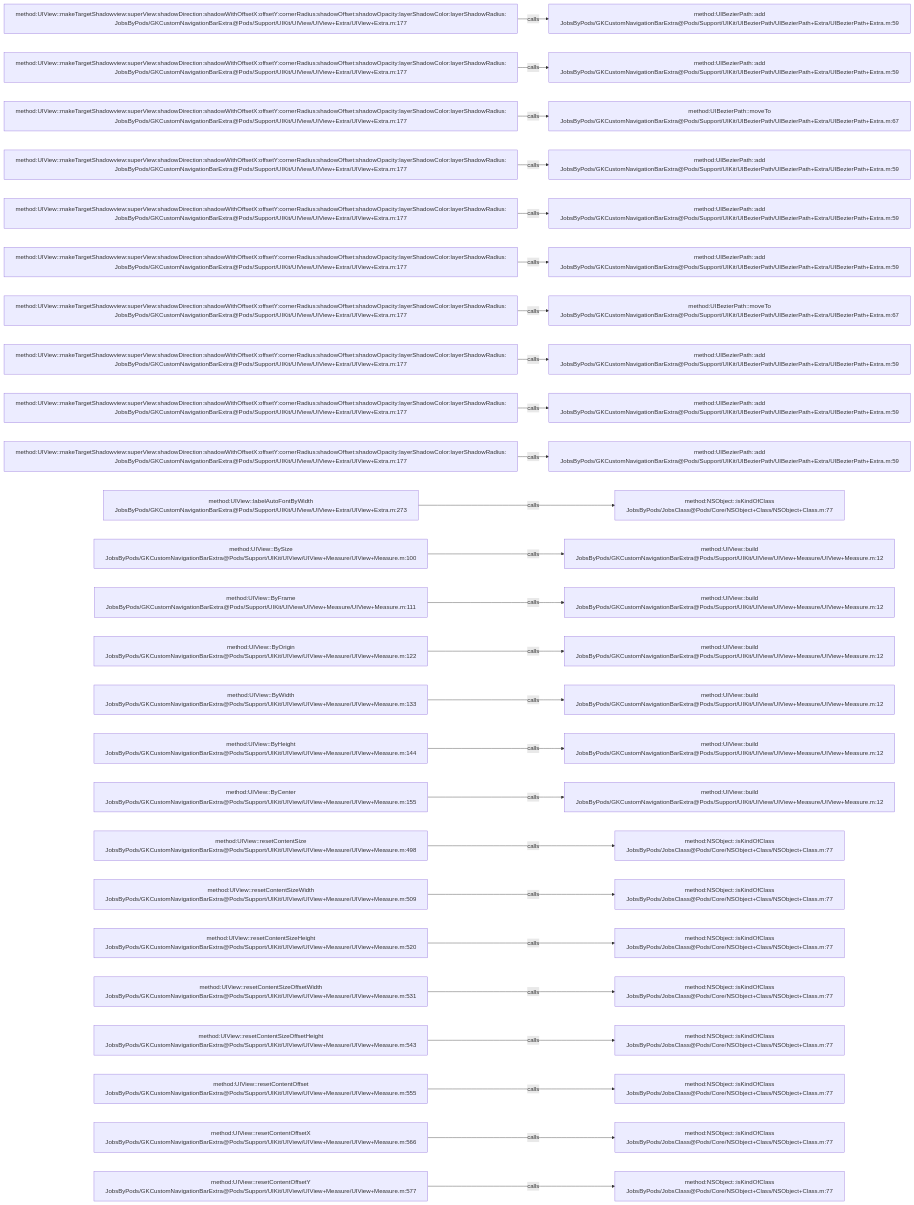
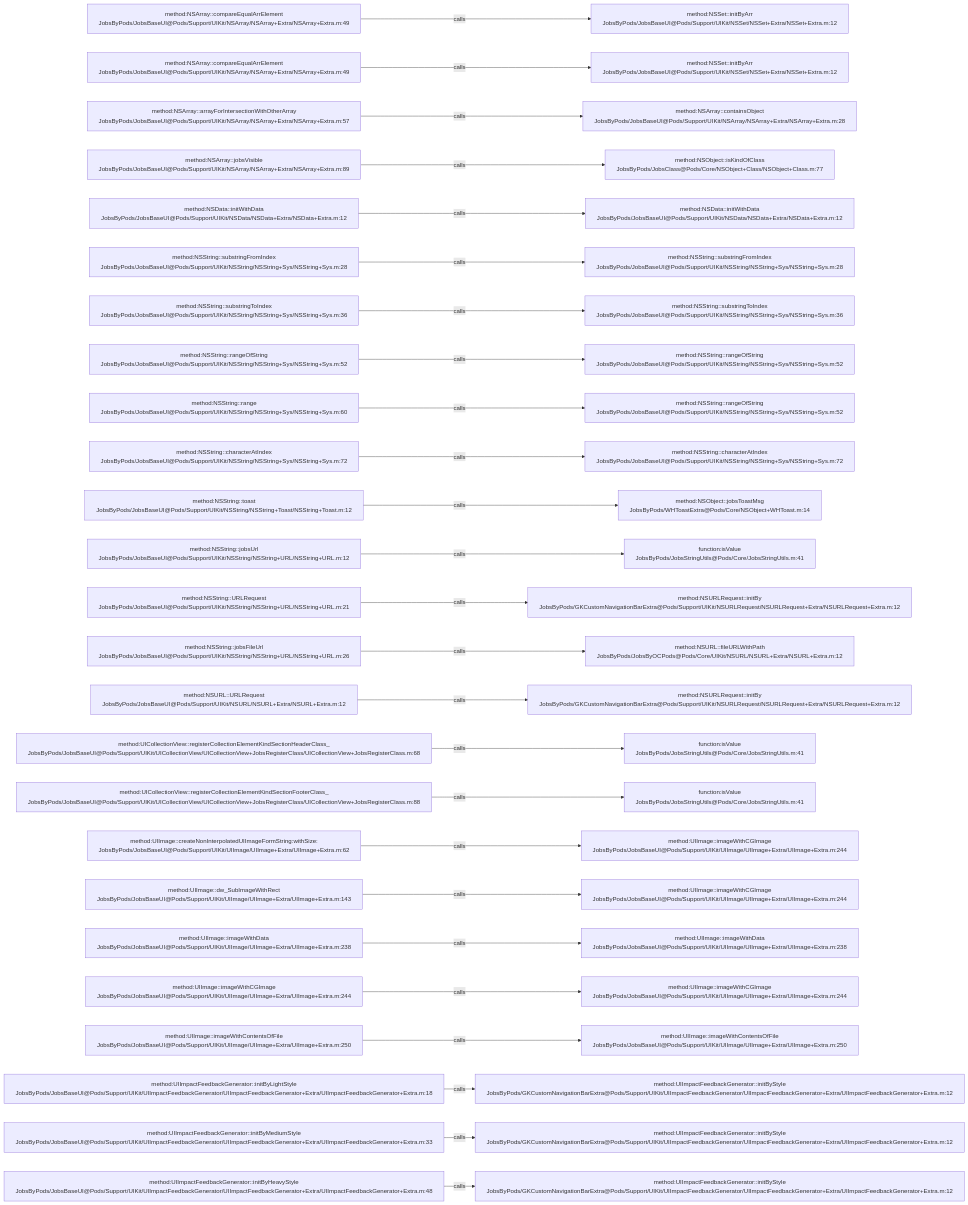
Before and after one commit to JobsKits/JobsOCBaseConfigDemo: the diagram in .codegraph/codegraph.md/graphs/calls-004.md, drawn with Mermaid. The commit also changed 2162 other files, not shown here.

````diff
--- a/.codegraph/codegraph.md/graphs/calls-004.md
+++ b/.codegraph/codegraph.md/graphs/calls-004.md
@@ -13,78 +13,78 @@
 ```mermaid
 flowchart LR
-  S1["method:UIView::makeTargetShadowview:superView:shadowDirection:shadowWithOffsetX:offsetY:cornerRadius:shadowOffset:shadowOpacity:layerShadowColor:layerShadowRadius:<br/>JobsByPods/GKCustomNavigationBarExtra@Pods/Support/UIKit/UIView/UIView+Extra/UIView+Extra.m:177"]
-  T1["method:UIBezierPath::add<br/>JobsByPods/GKCustomNavigationBarExtra@Pods/Support/UIKit/UIBezierPath/UIBezierPath+Extra/UIBezierPath+Extra.m:59"]
+  S1["method:NSArray::compareEqualArrElement<br/>JobsByPods/JobsBaseUI@Pods/Support/UIKit/NSArray/NSArray+Extra/NSArray+Extra.m:49"]
+  T1["method:NSSet::initByArr<br/>JobsByPods/JobsBaseUI@Pods/Support/UIKit/NSSet/NSSet+Extra/NSSet+Extra.m:12"]
   S1 -->|calls| T1
-  S2["method:UIView::makeTargetShadowview:superView:shadowDirection:shadowWithOffsetX:offsetY:cornerRadius:shadowOffset:shadowOpacity:layerShadowColor:layerShadowRadius:<br/>JobsByPods/GKCustomNavigationBarExtra@Pods/Support/UIKit/UIView/UIView+Extra/UIView+Extra.m:177"]
-  T2["method:UIBezierPath::add<br/>JobsByPods/GKCustomNavigationBarExtra@Pods/Support/UIKit/UIBezierPath/UIBezierPath+Extra/UIBezierPath+Extra.m:59"]
+  S2["method:NSArray::compareEqualArrElement<br/>JobsByPods/JobsBaseUI@Pods/Support/UIKit/NSArray/NSArray+Extra/NSArray+Extra.m:49"]
+  T2["method:NSSet::initByArr<br/>JobsByPods/JobsBaseUI@Pods/Support/UIKit/NSSet/NSSet+Extra/NSSet+Extra.m:12"]
   S2 -->|calls| T2
-  S3["method:UIView::makeTargetShadowview:superView:shadowDirection:shadowWithOffsetX:offsetY:cornerRadius:shadowOffset:shadowOpacity:layerShadowColor:layerShadowRadius:<br/>JobsByPods/GKCustomNavigationBarExtra@Pods/Support/UIKit/UIView/UIView+Extra/UIView+Extra.m:177"]
-  T3["method:UIBezierPath::moveTo<br/>JobsByPods/GKCustomNavigationBarExtra@Pods/Support/UIKit/UIBezierPath/UIBezierPath+Extra/UIBezierPath+Extra.m:67"]
+  S3["method:NSArray::arrayForIntersectionWithOtherArray<br/>JobsByPods/JobsBaseUI@Pods/Support/UIKit/NSArray/NSArray+Extra/NSArray+Extra.m:57"]
+  T3["method:NSArray::containsObject<br/>JobsByPods/JobsBaseUI@Pods/Support/UIKit/NSArray/NSArray+Extra/NSArray+Extra.m:28"]
   S3 -->|calls| T3
-  S4["method:UIView::makeTargetShadowview:superView:shadowDirection:shadowWithOffsetX:offsetY:cornerRadius:shadowOffset:shadowOpacity:layerShadowColor:layerShadowRadius:<br/>JobsByPods/GKCustomNavigationBarExtra@Pods/Support/UIKit/UIView/UIView+Extra/UIView+Extra.m:177"]
-  T4["method:UIBezierPath::add<br/>JobsByPods/GKCustomNavigationBarExtra@Pods/Support/UIKit/UIBezierPath/UIBezierPath+Extra/UIBezierPath+Extra.m:59"]
+  S4["method:NSArray::jobsVisible<br/>JobsByPods/JobsBaseUI@Pods/Support/UIKit/NSArray/NSArray+Extra/NSArray+Extra.m:89"]
+  T4["method:NSObject::isKindOfClass<br/>JobsByPods/JobsClass@Pods/Core/NSObject+Class/NSObject+Class.m:77"]
   S4 -->|calls| T4
-  S5["method:UIView::makeTargetShadowview:superView:shadowDirection:shadowWithOffsetX:offsetY:cornerRadius:shadowOffset:shadowOpacity:layerShadowColor:layerShadowRadius:<br/>JobsByPods/GKCustomNavigationBarExtra@Pods/Support/UIKit/UIView/UIView+Extra/UIView+Extra.m:177"]
-  T5["method:UIBezierPath::add<br/>JobsByPods/GKCustomNavigationBarExtra@Pods/Support/UIKit/UIBezierPath/UIBezierPath+Extra/UIBezierPath+Extra.m:59"]
+  S5["method:NSData::initWithData<br/>JobsByPods/JobsBaseUI@Pods/Support/UIKit/NSData/NSData+Extra/NSData+Extra.m:12"]
+  T5["method:NSData::initWithData<br/>JobsByPods/JobsBaseUI@Pods/Support/UIKit/NSData/NSData+Extra/NSData+Extra.m:12"]
   S5 -->|calls| T5
-  S6["method:UIView::makeTargetShadowview:superView:shadowDirection:shadowWithOffsetX:offsetY:cornerRadius:shadowOffset:shadowOpacity:layerShadowColor:layerShadowRadius:<br/>JobsByPods/GKCustomNavigationBarExtra@Pods/Support/UIKit/UIView/UIView+Extra/UIView+Extra.m:177"]
-  T6["method:UIBezierPath::add<br/>JobsByPods/GKCustomNavigationBarExtra@Pods/Support/UIKit/UIBezierPath/UIBezierPath+Extra/UIBezierPath+Extra.m:59"]
+  S6["method:NSString::substringFromIndex<br/>JobsByPods/JobsBaseUI@Pods/Support/UIKit/NSString/NSString+Sys/NSString+Sys.m:28"]
+  T6["method:NSString::substringFromIndex<br/>JobsByPods/JobsBaseUI@Pods/Support/UIKit/NSString/NSString+Sys/NSString+Sys.m:28"]
   S6 -->|calls| T6
-  S7["method:UIView::makeTargetShadowview:superView:shadowDirection:shadowWithOffsetX:offsetY:cornerRadius:shadowOffset:shadowOpacity:layerShadowColor:layerShadowRadius:<br/>JobsByPods/GKCustomNavigationBarExtra@Pods/Support/UIKit/UIView/UIView+Extra/UIView+Extra.m:177"]
-  T7["method:UIBezierPath::moveTo<br/>JobsByPods/GKCustomNavigationBarExtra@Pods/Support/UIKit/UIBezierPath/UIBezierPath+Extra/UIBezierPath+Extra.m:67"]
+  S7["method:NSString::substringToIndex<br/>JobsByPods/JobsBaseUI@Pods/Support/UIKit/NSString/NSString+Sys/NSString+Sys.m:36"]
+  T7["method:NSString::substringToIndex<br/>JobsByPods/JobsBaseUI@Pods/Support/UIKit/NSString/NSString+Sys/NSString+Sys.m:36"]
   S7 -->|calls| T7
-  S8["method:UIView::makeTargetShadowview:superView:shadowDirection:shadowWithOffsetX:offsetY:cornerRadius:shadowOffset:shadowOpacity:layerShadowColor:layerShadowRadius:<br/>JobsByPods/GKCustomNavigationBarExtra@Pods/Support/UIKit/UIView/UIView+Extra/UIView+Extra.m:177"]
-  T8["method:UIBezierPath::add<br/>JobsByPods/GKCustomNavigationBarExtra@Pods/Support/UIKit/UIBezierPath/UIBezierPath+Extra/UIBezierPath+Extra.m:59"]
+  S8["method:NSString::rangeOfString<br/>JobsByPods/JobsBaseUI@Pods/Support/UIKit/NSString/NSString+Sys/NSString+Sys.m:52"]
+  T8["method:NSString::rangeOfString<br/>JobsByPods/JobsBaseUI@Pods/Support/UIKit/NSString/NSString+Sys/NSString+Sys.m:52"]
   S8 -->|calls| T8
-  S9["method:UIView::makeTargetShadowview:superView:shadowDirection:shadowWithOffsetX:offsetY:cornerRadius:shadowOffset:shadowOpacity:layerShadowColor:layerShadowRadius:<br/>JobsByPods/GKCustomNavigationBarExtra@Pods/Support/UIKit/UIView/UIView+Extra/UIView+Extra.m:177"]
-  T9["method:UIBezierPath::add<br/>JobsByPods/GKCustomNavigationBarExtra@Pods/Support/UIKit/UIBezierPath/UIBezierPath+Extra/UIBezierPath+Extra.m:59"]
+  S9["method:NSString::range<br/>JobsByPods/JobsBaseUI@Pods/Support/UIKit/NSString/NSString+Sys/NSString+Sys.m:60"]
+  T9["method:NSString::rangeOfString<br/>JobsByPods/JobsBaseUI@Pods/Support/UIKit/NSString/NSString+Sys/NSString+Sys.m:52"]
   S9 -->|calls| T9
-  S10["method:UIView::makeTargetShadowview:superView:shadowDirection:shadowWithOffsetX:offsetY:cornerRadius:shadowOffset:shadowOpacity:layerShadowColor:layerShadowRadius:<br/>JobsByPods/GKCustomNavigationBarExtra@Pods/Support/UIKit/UIView/UIView+Extra/UIView+Extra.m:177"]
-  T10["method:UIBezierPath::add<br/>JobsByPods/GKCustomNavigationBarExtra@Pods/Support/UIKit/UIBezierPath/UIBezierPath+Extra/UIBezierPath+Extra.m:59"]
+  S10["method:NSString::characterAtIndex<br/>JobsByPods/JobsBaseUI@Pods/Support/UIKit/NSString/NSString+Sys/NSString+Sys.m:72"]
+  T10["method:NSString::characterAtIndex<br/>JobsByPods/JobsBaseUI@Pods/Support/UIKit/NSString/NSString+Sys/NSString+Sys.m:72"]
   S10 -->|calls| T10
-  S11["method:UIView::labelAutoFontByWidth<br/>JobsByPods/GKCustomNavigationBarExtra@Pods/Support/UIKit/UIView/UIView+Extra/UIView+Extra.m:273"]
-  T11["method:NSObject::isKindOfClass<br/>JobsByPods/JobsClass@Pods/Core/NSObject+Class/NSObject+Class.m:77"]
+  S11["method:NSString::toast<br/>JobsByPods/JobsBaseUI@Pods/Support/UIKit/NSString/NSString+Toast/NSString+Toast.m:12"]
+  T11["method:NSObject::jobsToastMsg<br/>JobsByPods/WHToastExtra@Pods/Core/NSObject+WHToast.m:14"]
   S11 -->|calls| T11
-  S12["method:UIView::BySize<br/>JobsByPods/GKCustomNavigationBarExtra@Pods/Support/UIKit/UIView/UIView+Measure/UIView+Measure.m:100"]
-  T12["method:UIView::build<br/>JobsByPods/GKCustomNavigationBarExtra@Pods/Support/UIKit/UIView/UIView+Measure/UIView+Measure.m:12"]
+  S12["method:NSString::jobsUrl<br/>JobsByPods/JobsBaseUI@Pods/Support/UIKit/NSString/NSString+URL/NSString+URL.m:12"]
+  T12["function:isValue<br/>JobsByPods/JobsStringUtils@Pods/Core/JobsStringUtils.m:41"]
   S12 -->|calls| T12
-  S13["method:UIView::ByFrame<br/>JobsByPods/GKCustomNavigationBarExtra@Pods/Support/UIKit/UIView/UIView+Measure/UIView+Measure.m:111"]
-  T13["method:UIView::build<br/>JobsByPods/GKCustomNavigationBarExtra@Pods/Support/UIKit/UIView/UIView+Measure/UIView+Measure.m:12"]
+  S13["method:NSString::URLRequest<br/>JobsByPods/JobsBaseUI@Pods/Support/UIKit/NSString/NSString+URL/NSString+URL.m:21"]
+  T13["method:NSURLRequest::initBy<br/>JobsByPods/GKCustomNavigationBarExtra@Pods/Support/UIKit/NSURLRequest/NSURLRequest+Extra/NSURLRequest+Extra.m:12"]
   S13 -->|calls| T13
-  S14["method:UIView::ByOrigin<br/>JobsByPods/GKCustomNavigationBarExtra@Pods/Support/UIKit/UIView/UIView+Measure/UIView+Measure.m:122"]
-  T14["method:UIView::build<br/>JobsByPods/GKCustomNavigationBarExtra@Pods/Support/UIKit/UIView/UIView+Measure/UIView+Measure.m:12"]
+  S14["method:NSString::jobsFileUrl<br/>JobsByPods/JobsBaseUI@Pods/Support/UIKit/NSString/NSString+URL/NSString+URL.m:26"]
+  T14["method:NSURL::fileURLWithPath<br/>JobsByPods/JobsByOCPods@Pods/Core/UIKit/NSURL/NSURL+Extra/NSURL+Extra.m:12"]
   S14 -->|calls| T14
-  S15["method:UIView::ByWidth<br/>JobsByPods/GKCustomNavigationBarExtra@Pods/Support/UIKit/UIView/UIView+Measure/UIView+Measure.m:133"]
-  T15["method:UIView::build<br/>JobsByPods/GKCustomNavigationBarExtra@Pods/Support/UIKit/UIView/UIView+Measure/UIView+Measure.m:12"]
+  S15["method:NSURL::URLRequest<br/>JobsByPods/JobsBaseUI@Pods/Support/UIKit/NSURL/NSURL+Extra/NSURL+Extra.m:12"]
+  T15["method:NSURLRequest::initBy<br/>JobsByPods/GKCustomNavigationBarExtra@Pods/Support/UIKit/NSURLRequest/NSURLRequest+Extra/NSURLRequest+Extra.m:12"]
   S15 -->|calls| T15
-  S16["method:UIView::ByHeight<br/>JobsByPods/GKCustomNavigationBarExtra@Pods/Support/UIKit/UIView/UIView+Measure/UIView+Measure.m:144"]
-  T16["method:UIView::build<br/>JobsByPods/GKCustomNavigationBarExtra@Pods/Support/UIKit/UIView/UIView+Measure/UIView+Measure.m:12"]
+  S16["method:UICollectionView::registerCollectionElementKindSectionHeaderClass_<br/>JobsByPods/JobsBaseUI@Pods/Support/UIKit/UICollectionView/UICollectionView+JobsRegisterClass/UICollectionView+JobsRegisterClass.m:68"]
+  T16["function:isValue<br/>JobsByPods/JobsStringUtils@Pods/Core/JobsStringUtils.m:41"]
   S16 -->|calls| T16
-  S17["method:UIView::ByCenter<br/>JobsByPods/GKCustomNavigationBarExtra@Pods/Support/UIKit/UIView/UIView+Measure/UIView+Measure.m:155"]
-  T17["method:UIView::build<br/>JobsByPods/GKCustomNavigationBarExtra@Pods/Support/UIKit/UIView/UIView+Measure/UIView+Measure.m:12"]
+  S17["method:UICollectionView::registerCollectionElementKindSectionFooterClass_<br/>JobsByPods/JobsBaseUI@Pods/Support/UIKit/UICollectionView/UICollectionView+JobsRegisterClass/UICollectionView+JobsRegisterClass.m:88"]
+  T17["function:isValue<br/>JobsByPods/JobsStringUtils@Pods/Core/JobsStringUtils.m:41"]
   S17 -->|calls| T17
-  S18["method:UIView::resetContentSize<br/>JobsByPods/GKCustomNavigationBarExtra@Pods/Support/UIKit/UIView/UIView+Measure/UIView+Measure.m:498"]
-  T18["method:NSObject::isKindOfClass<br/>JobsByPods/JobsClass@Pods/Core/NSObject+Class/NSObject+Class.m:77"]
+  S18["method:UIImage::createNonInterpolatedUIImageFormString:withSize:<br/>JobsByPods/JobsBaseUI@Pods/Support/UIKit/UIImage/UIImage+Extra/UIImage+Extra.m:62"]
+  T18["method:UIImage::imageWithCGImage<br/>JobsByPods/JobsBaseUI@Pods/Support/UIKit/UIImage/UIImage+Extra/UIImage+Extra.m:244"]
   S18 -->|calls| T18
-  S19["method:UIView::resetContentSizeWidth<br/>JobsByPods/GKCustomNavigationBarExtra@Pods/Support/UIKit/UIView/UIView+Measure/UIView+Measure.m:509"]
-  T19["method:NSObject::isKindOfClass<br/>JobsByPods/JobsClass@Pods/Core/NSObject+Class/NSObject+Class.m:77"]
+  S19["method:UIImage::dw_SubImageWithRect<br/>JobsByPods/JobsBaseUI@Pods/Support/UIKit/UIImage/UIImage+Extra/UIImage+Extra.m:143"]
+  T19["method:UIImage::imageWithCGImage<br/>JobsByPods/JobsBaseUI@Pods/Support/UIKit/UIImage/UIImage+Extra/UIImage+Extra.m:244"]
   S19 -->|calls| T19
-  S20["method:UIView::resetContentSizeHeight<br/>JobsByPods/GKCustomNavigationBarExtra@Pods/Support/UIKit/UIView/UIView+Measure/UIView+Measure.m:520"]
-  T20["method:NSObject::isKindOfClass<br/>JobsByPods/JobsClass@Pods/Core/NSObject+Class/NSObject+Class.m:77"]
+  S20["method:UIImage::imageWithData<br/>JobsByPods/JobsBaseUI@Pods/Support/UIKit/UIImage/UIImage+Extra/UIImage+Extra.m:238"]
+  T20["method:UIImage::imageWithData<br/>JobsByPods/JobsBaseUI@Pods/Support/UIKit/UIImage/UIImage+Extra/UIImage+Extra.m:238"]
   S20 -->|calls| T20
-  S21["method:UIView::resetContentSizeOffsetWidth<br/>JobsByPods/GKCustomNavigationBarExtra@Pods/Support/UIKit/UIView/UIView+Measure/UIView+Measure.m:531"]
-  T21["method:NSObject::isKindOfClass<br/>JobsByPods/JobsClass@Pods/Core/NSObject+Class/NSObject+Class.m:77"]
+  S21["method:UIImage::imageWithCGImage<br/>JobsByPods/JobsBaseUI@Pods/Support/UIKit/UIImage/UIImage+Extra/UIImage+Extra.m:244"]
+  T21["method:UIImage::imageWithCGImage<br/>JobsByPods/JobsBaseUI@Pods/Support/UIKit/UIImage/UIImage+Extra/UIImage+Extra.m:244"]
   S21 -->|calls| T21
-  S22["method:UIView::resetContentSizeOffsetHeight<br/>JobsByPods/GKCustomNavigationBarExtra@Pods/Support/UIKit/UIView/UIView+Measure/UIView+Measure.m:543"]
-  T22["method:NSObject::isKindOfClass<br/>JobsByPods/JobsClass@Pods/Core/NSObject+Class/NSObject+Class.m:77"]
+  S22["method:UIImage::imageWithContentsOfFile<br/>JobsByPods/JobsBaseUI@Pods/Support/UIKit/UIImage/UIImage+Extra/UIImage+Extra.m:250"]
+  T22["method:UIImage::imageWithContentsOfFile<br/>JobsByPods/JobsBaseUI@Pods/Support/UIKit/UIImage/UIImage+Extra/UIImage+Extra.m:250"]
   S22 -->|calls| T22
-  S23["method:UIView::resetContentOffset<br/>JobsByPods/GKCustomNavigationBarExtra@Pods/Support/UIKit/UIView/UIView+Measure/UIView+Measure.m:555"]
-  T23["method:NSObject::isKindOfClass<br/>JobsByPods/JobsClass@Pods/Core/NSObject+Class/NSObject+Class.m:77"]
+  S23["method:UIImpactFeedbackGenerator::initByLightStyle<br/>JobsByPods/JobsBaseUI@Pods/Support/UIKit/UIImpactFeedbackGenerator/UIImpactFeedbackGenerator+Extra/UIImpactFeedbackGenerator+Extra.m:18"]
+  T23["method:UIImpactFeedbackGenerator::initByStyle<br/>JobsByPods/GKCustomNavigationBarExtra@Pods/Support/UIKit/UIImpactFeedbackGenerator/UIImpactFeedbackGenerator+Extra/UIImpactFeedbackGenerator+Extra.m:12"]
   S23 -->|calls| T23
-  S24["method:UIView::resetContentOffsetX<br/>JobsByPods/GKCustomNavigationBarExtra@Pods/Support/UIKit/UIView/UIView+Measure/UIView+Measure.m:566"]
-  T24["method:NSObject::isKindOfClass<br/>JobsByPods/JobsClass@Pods/Core/NSObject+Class/NSObject+Class.m:77"]
+  S24["method:UIImpactFeedbackGenerator::initByMediumStyle<br/>JobsByPods/JobsBaseUI@Pods/Support/UIKit/UIImpactFeedbackGenerator/UIImpactFeedbackGenerator+Extra/UIImpactFeedbackGenerator+Extra.m:33"]
+  T24["method:UIImpactFeedbackGenerator::initByStyle<br/>JobsByPods/GKCustomNavigationBarExtra@Pods/Support/UIKit/UIImpactFeedbackGenerator/UIImpactFeedbackGenerator+Extra/UIImpactFeedbackGenerator+Extra.m:12"]
   S24 -->|calls| T24
-  S25["method:UIView::resetContentOffsetY<br/>JobsByPods/GKCustomNavigationBarExtra@Pods/Support/UIKit/UIView/UIView+Measure/UIView+Measure.m:577"]
-  T25["method:NSObject::isKindOfClass<br/>JobsByPods/JobsClass@Pods/Core/NSObject+Class/NSObject+Class.m:77"]
+  S25["method:UIImpactFeedbackGenerator::initByHeavyStyle<br/>JobsByPods/JobsBaseUI@Pods/Support/UIKit/UIImpactFeedbackGenerator/UIImpactFeedbackGenerator+Extra/UIImpactFeedbackGenerator+Extra.m:48"]
+  T25["method:UIImpactFeedbackGenerator::initByStyle<br/>JobsByPods/GKCustomNavigationBarExtra@Pods/Support/UIKit/UIImpactFeedbackGenerator/UIImpactFeedbackGenerator+Extra/UIImpactFeedbackGenerator+Extra.m:12"]
   S25 -->|calls| T25
 ```
````
